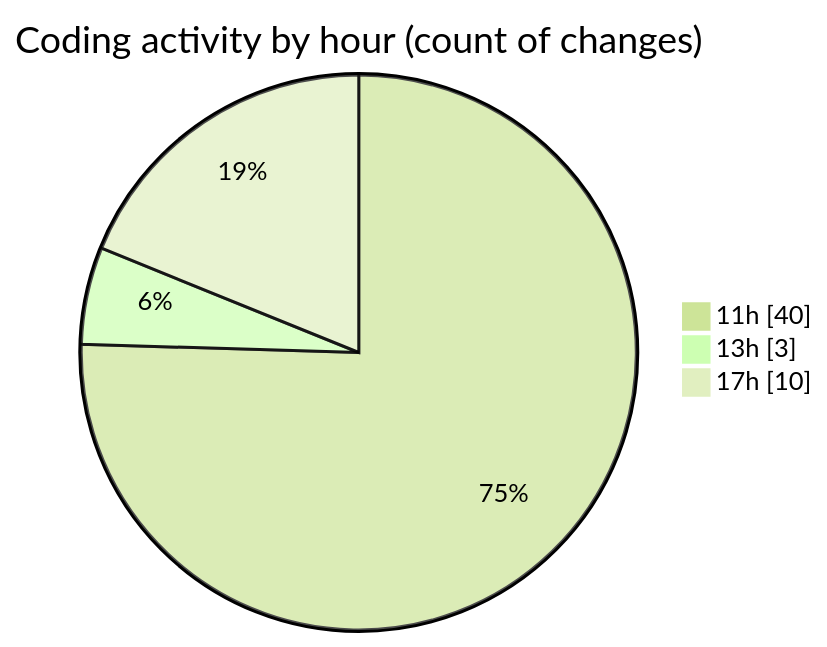
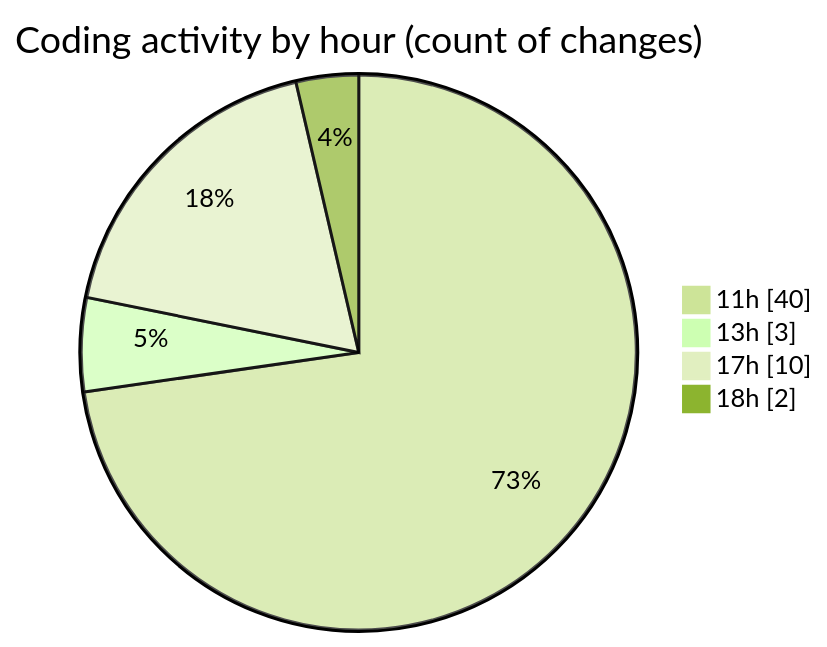
One commit to charlie-sans/code-tracking changed the second of 2 diagrams in 2025-04-30/uhigh-lang/README.md. Above: the diagram before and after it, drawn with Mermaid (forest theme). The commit also changed other lines of this file and 1 other file, not shown here.

````diff
--- a/2025-04-30/uhigh-lang/README.md
+++ b/2025-04-30/uhigh-lang/README.md
@@ -37,7 +37,8 @@
 ```mermaid
 pie showData
 title Coding activity by hour (count of changes)
 "11h" : 40
 "13h" : 3
 "17h" : 10
+"18h" : 2
 ```
````
